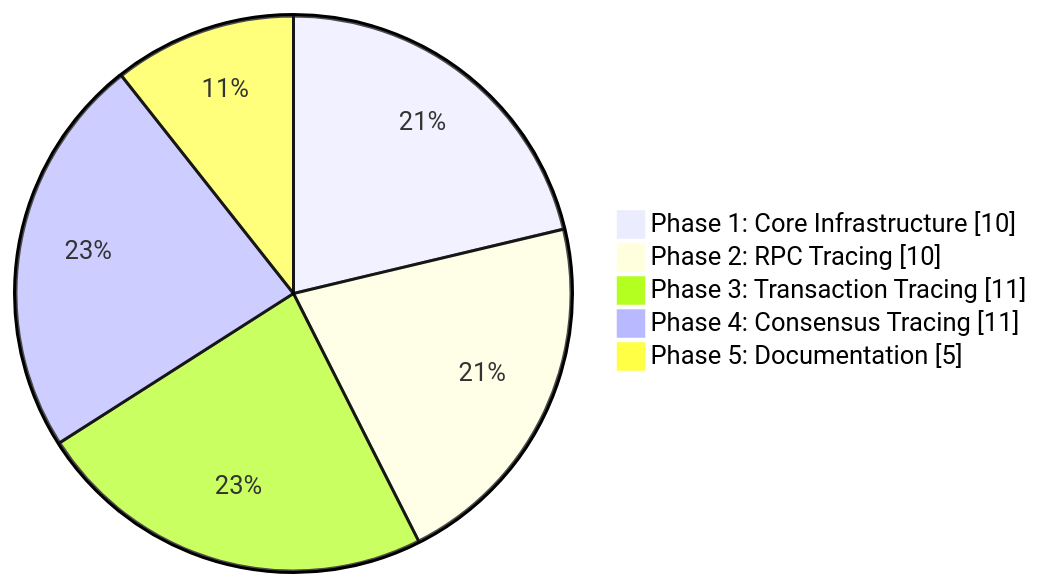
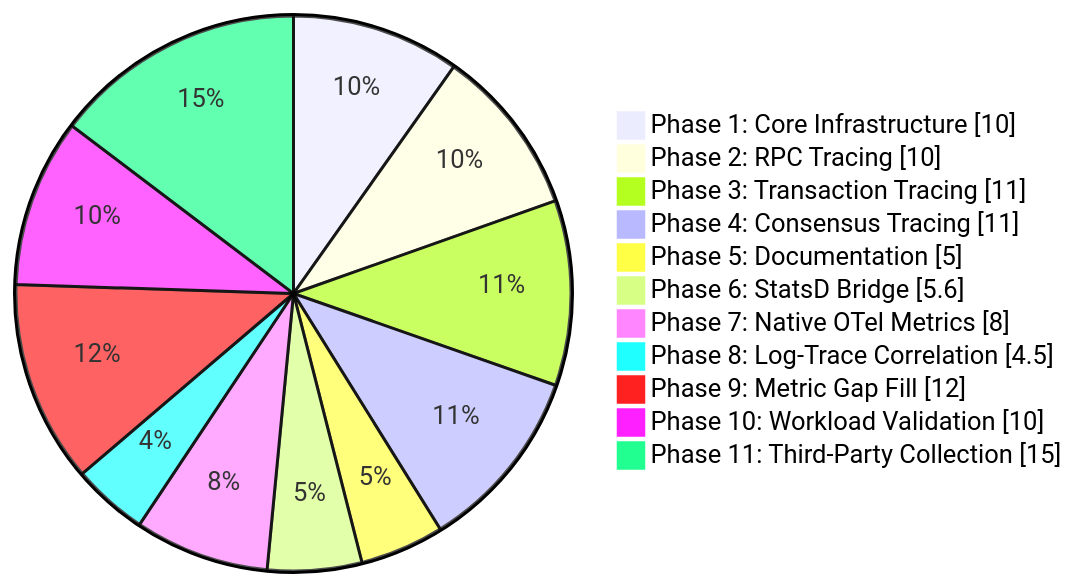
Before and after one commit to mvanhorn/rippled: the ninth of 12 diagrams in OpenTelemetryPlan/06-implementation-phases.md, drawn with Mermaid. The commit also changed other lines of this file and 5 other files, not shown here.

First line of the commit message:
Phase 9-11: Future enhancement plans for metric gap fill, workload validation, and third-party pipelines

````diff
--- a/OpenTelemetryPlan/06-implementation-phases.md
+++ b/OpenTelemetryPlan/06-implementation-phases.md
@@ -694,9 +969,15 @@
 ```mermaid
 %%{init: {'pie': {'textPosition': 0.75}}}%%
 pie showData
     "Phase 1: Core Infrastructure" : 10
     "Phase 2: RPC Tracing" : 10
     "Phase 3: Transaction Tracing" : 11
     "Phase 4: Consensus Tracing" : 11
     "Phase 5: Documentation" : 5
+    "Phase 6: StatsD Bridge" : 5.6
+    "Phase 7: Native OTel Metrics" : 8
+    "Phase 8: Log-Trace Correlation" : 4.5
+    "Phase 9: Metric Gap Fill" : 12
+    "Phase 10: Workload Validation" : 10
+    "Phase 11: Third-Party Collection" : 15
 ```
````
